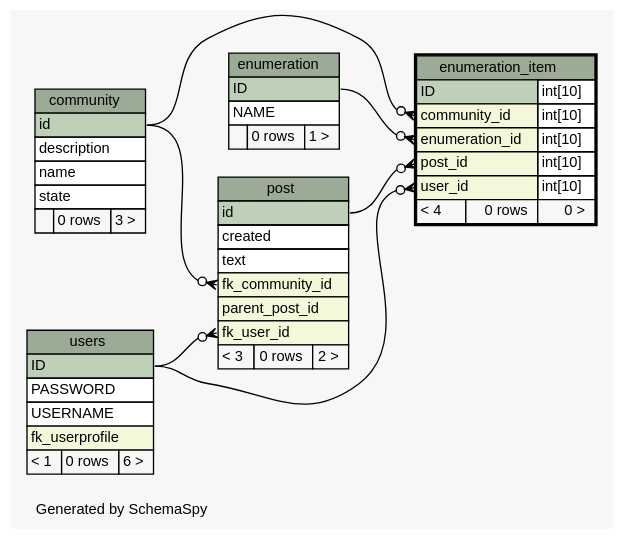
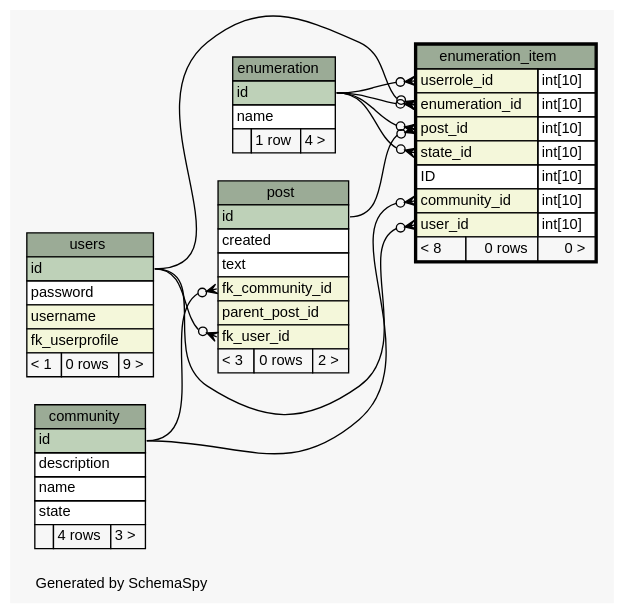
Before and after one commit to chr-krenn/chr-krenn-fhj-ws2017-sd17-pse: the diagram in doc/db_schema/diagrams/enumeration_item.1degree.dot, drawn with Graphviz. The commit also changed 68 other files, not shown here.

Commit message:
update database schema documentation

```diff
--- a/doc/db_schema/diagrams/enumeration_item.1degree.dot
+++ b/doc/db_schema/diagrams/enumeration_item.1degree.dot
@@ -1,94 +1,100 @@
 // dot 2.40.1 on Linux 4.12.5-300.fc26.x86_64
 // SchemaSpy rev 590
 digraph "oneDegreeRelationshipsDiagram" {
   graph [
     rankdir="RL"
     bgcolor="#f7f7f7"
     label="\nGenerated by SchemaSpy"
     labeljust="l"
     nodesep="0.18"
     ranksep="0.46"
     fontname="Helvetica"
     fontsize="11"
   ];
   node [
     fontname="Helvetica"
     fontsize="11"
     shape="plaintext"
   ];
   edge [
     arrowsize="0.8"
   ];
   "enumeration_item":"community_id":w -> "community":"id":e [arrowhead=none dir=back arrowtail=crowodot];
-  "enumeration_item":"enumeration_id":w -> "enumeration":"ID":e [arrowhead=none dir=back arrowtail=crowodot];
+  "enumeration_item":"enumeration_id":w -> "enumeration":"id":e [arrowhead=none dir=back arrowtail=crowodot];
+  "enumeration_item":"enumeration_id":w -> "users":"id":e [arrowhead=none dir=back arrowtail=crowodot];
+  "enumeration_item":"post_id":w -> "enumeration":"id":e [arrowhead=none dir=back arrowtail=crowodot];
   "enumeration_item":"post_id":w -> "post":"id":e [arrowhead=none dir=back arrowtail=crowodot];
-  "enumeration_item":"user_id":w -> "users":"ID":e [arrowhead=none dir=back arrowtail=crowodot];
+  "enumeration_item":"state_id":w -> "enumeration":"id":e [arrowhead=none dir=back arrowtail=crowodot];
+  "enumeration_item":"user_id":w -> "users":"id":e [arrowhead=none dir=back arrowtail=crowodot];
+  "enumeration_item":"userrole_id":w -> "enumeration":"id":e [arrowhead=none dir=back arrowtail=crowodot];
   "post":"fk_community_id":w -> "community":"id":e [arrowhead=none dir=back arrowtail=crowodot];
-  "post":"fk_user_id":w -> "users":"ID":e [arrowhead=none dir=back arrowtail=crowodot];
+  "post":"fk_user_id":w -> "users":"id":e [arrowhead=none dir=back arrowtail=crowodot];
   "community" [
     label=<
     <TABLE BORDER="0" CELLBORDER="1" CELLSPACING="0" BGCOLOR="#ffffff">
       <TR><TD COLSPAN="3" BGCOLOR="#9bab96" ALIGN="CENTER">community</TD></TR>
       <TR><TD PORT="id" COLSPAN="3" BGCOLOR="#bed1b8" ALIGN="LEFT">id</TD></TR>
       <TR><TD PORT="description" COLSPAN="3" ALIGN="LEFT">description</TD></TR>
       <TR><TD PORT="name" COLSPAN="3" ALIGN="LEFT">name</TD></TR>
       <TR><TD PORT="state" COLSPAN="3" ALIGN="LEFT">state</TD></TR>
-      <TR><TD ALIGN="LEFT" BGCOLOR="#f7f7f7">  </TD><TD ALIGN="RIGHT" BGCOLOR="#f7f7f7">0 rows</TD><TD ALIGN="RIGHT" BGCOLOR="#f7f7f7">3 &gt;</TD></TR>
+      <TR><TD ALIGN="LEFT" BGCOLOR="#f7f7f7">  </TD><TD ALIGN="RIGHT" BGCOLOR="#f7f7f7">4 rows</TD><TD ALIGN="RIGHT" BGCOLOR="#f7f7f7">3 &gt;</TD></TR>
     </TABLE>>
     URL="community.html"
     tooltip="community"
   ];
   "enumeration" [
     label=<
     <TABLE BORDER="0" CELLBORDER="1" CELLSPACING="0" BGCOLOR="#ffffff">
       <TR><TD COLSPAN="3" BGCOLOR="#9bab96" ALIGN="CENTER">enumeration</TD></TR>
-      <TR><TD PORT="ID" COLSPAN="3" BGCOLOR="#bed1b8" ALIGN="LEFT">ID</TD></TR>
-      <TR><TD PORT="NAME" COLSPAN="3" ALIGN="LEFT">NAME</TD></TR>
-      <TR><TD ALIGN="LEFT" BGCOLOR="#f7f7f7">  </TD><TD ALIGN="RIGHT" BGCOLOR="#f7f7f7">0 rows</TD><TD ALIGN="RIGHT" BGCOLOR="#f7f7f7">1 &gt;</TD></TR>
+      <TR><TD PORT="id" COLSPAN="3" BGCOLOR="#bed1b8" ALIGN="LEFT">id</TD></TR>
+      <TR><TD PORT="name" COLSPAN="3" ALIGN="LEFT">name</TD></TR>
+      <TR><TD ALIGN="LEFT" BGCOLOR="#f7f7f7">  </TD><TD ALIGN="RIGHT" BGCOLOR="#f7f7f7">1 row</TD><TD ALIGN="RIGHT" BGCOLOR="#f7f7f7">4 &gt;</TD></TR>
     </TABLE>>
     URL="enumeration.html"
     tooltip="enumeration"
   ];
   "enumeration_item" [
     label=<
     <TABLE BORDER="2" CELLBORDER="1" CELLSPACING="0" BGCOLOR="#ffffff">
       <TR><TD COLSPAN="3" BGCOLOR="#9bab96" ALIGN="CENTER">enumeration_item</TD></TR>
-      <TR><TD PORT="ID" COLSPAN="2" BGCOLOR="#bed1b8" ALIGN="LEFT">ID</TD><TD PORT="ID.type" ALIGN="LEFT">int[10]</TD></TR>
-      <TR><TD PORT="community_id" COLSPAN="2" BGCOLOR="#f4f7da" ALIGN="LEFT">community_id</TD><TD PORT="community_id.type" ALIGN="LEFT">int[10]</TD></TR>
+      <TR><TD PORT="userrole_id" COLSPAN="2" BGCOLOR="#f4f7da" ALIGN="LEFT">userrole_id</TD><TD PORT="userrole_id.type" ALIGN="LEFT">int[10]</TD></TR>
       <TR><TD PORT="enumeration_id" COLSPAN="2" BGCOLOR="#f4f7da" ALIGN="LEFT">enumeration_id</TD><TD PORT="enumeration_id.type" ALIGN="LEFT">int[10]</TD></TR>
       <TR><TD PORT="post_id" COLSPAN="2" BGCOLOR="#f4f7da" ALIGN="LEFT">post_id</TD><TD PORT="post_id.type" ALIGN="LEFT">int[10]</TD></TR>
+      <TR><TD PORT="state_id" COLSPAN="2" BGCOLOR="#f4f7da" ALIGN="LEFT">state_id</TD><TD PORT="state_id.type" ALIGN="LEFT">int[10]</TD></TR>
+      <TR><TD PORT="ID" COLSPAN="2" ALIGN="LEFT">ID</TD><TD PORT="ID.type" ALIGN="LEFT">int[10]</TD></TR>
+      <TR><TD PORT="community_id" COLSPAN="2" BGCOLOR="#f4f7da" ALIGN="LEFT">community_id</TD><TD PORT="community_id.type" ALIGN="LEFT">int[10]</TD></TR>
       <TR><TD PORT="user_id" COLSPAN="2" BGCOLOR="#f4f7da" ALIGN="LEFT">user_id</TD><TD PORT="user_id.type" ALIGN="LEFT">int[10]</TD></TR>
-      <TR><TD ALIGN="LEFT" BGCOLOR="#f7f7f7">&lt; 4</TD><TD ALIGN="RIGHT" BGCOLOR="#f7f7f7">0 rows</TD><TD ALIGN="RIGHT" BGCOLOR="#f7f7f7">0 &gt;</TD></TR>
+      <TR><TD ALIGN="LEFT" BGCOLOR="#f7f7f7">&lt; 8</TD><TD ALIGN="RIGHT" BGCOLOR="#f7f7f7">0 rows</TD><TD ALIGN="RIGHT" BGCOLOR="#f7f7f7">0 &gt;</TD></TR>
     </TABLE>>
     URL="enumeration_item.html"
     tooltip="enumeration_item"
   ];
   "post" [
     label=<
     <TABLE BORDER="0" CELLBORDER="1" CELLSPACING="0" BGCOLOR="#ffffff">
       <TR><TD COLSPAN="3" BGCOLOR="#9bab96" ALIGN="CENTER">post</TD></TR>
       <TR><TD PORT="id" COLSPAN="3" BGCOLOR="#bed1b8" ALIGN="LEFT">id</TD></TR>
       <TR><TD PORT="created" COLSPAN="3" ALIGN="LEFT">created</TD></TR>
       <TR><TD PORT="text" COLSPAN="3" ALIGN="LEFT">text</TD></TR>
       <TR><TD PORT="fk_community_id" COLSPAN="3" BGCOLOR="#f4f7da" ALIGN="LEFT">fk_community_id</TD></TR>
       <TR><TD PORT="parent_post_id" COLSPAN="3" BGCOLOR="#f4f7da" ALIGN="LEFT">parent_post_id</TD></TR>
       <TR><TD PORT="fk_user_id" COLSPAN="3" BGCOLOR="#f4f7da" ALIGN="LEFT">fk_user_id</TD></TR>
       <TR><TD ALIGN="LEFT" BGCOLOR="#f7f7f7">&lt; 3</TD><TD ALIGN="RIGHT" BGCOLOR="#f7f7f7">0 rows</TD><TD ALIGN="RIGHT" BGCOLOR="#f7f7f7">2 &gt;</TD></TR>
     </TABLE>>
     URL="post.html"
     tooltip="post"
   ];
   "users" [
     label=<
     <TABLE BORDER="0" CELLBORDER="1" CELLSPACING="0" BGCOLOR="#ffffff">
       <TR><TD COLSPAN="3" BGCOLOR="#9bab96" ALIGN="CENTER">users</TD></TR>
-      <TR><TD PORT="ID" COLSPAN="3" BGCOLOR="#bed1b8" ALIGN="LEFT">ID</TD></TR>
-      <TR><TD PORT="PASSWORD" COLSPAN="3" ALIGN="LEFT">PASSWORD</TD></TR>
-      <TR><TD PORT="USERNAME" COLSPAN="3" ALIGN="LEFT">USERNAME</TD></TR>
+      <TR><TD PORT="id" COLSPAN="3" BGCOLOR="#bed1b8" ALIGN="LEFT">id</TD></TR>
+      <TR><TD PORT="password" COLSPAN="3" ALIGN="LEFT">password</TD></TR>
+      <TR><TD PORT="username" COLSPAN="3" BGCOLOR="#f4f7da" ALIGN="LEFT">username</TD></TR>
       <TR><TD PORT="fk_userprofile" COLSPAN="3" BGCOLOR="#f4f7da" ALIGN="LEFT">fk_userprofile</TD></TR>
-      <TR><TD ALIGN="LEFT" BGCOLOR="#f7f7f7">&lt; 1</TD><TD ALIGN="RIGHT" BGCOLOR="#f7f7f7">0 rows</TD><TD ALIGN="RIGHT" BGCOLOR="#f7f7f7">6 &gt;</TD></TR>
+      <TR><TD ALIGN="LEFT" BGCOLOR="#f7f7f7">&lt; 1</TD><TD ALIGN="RIGHT" BGCOLOR="#f7f7f7">0 rows</TD><TD ALIGN="RIGHT" BGCOLOR="#f7f7f7">9 &gt;</TD></TR>
     </TABLE>>
     URL="users.html"
     tooltip="users"
   ];
 }
```
